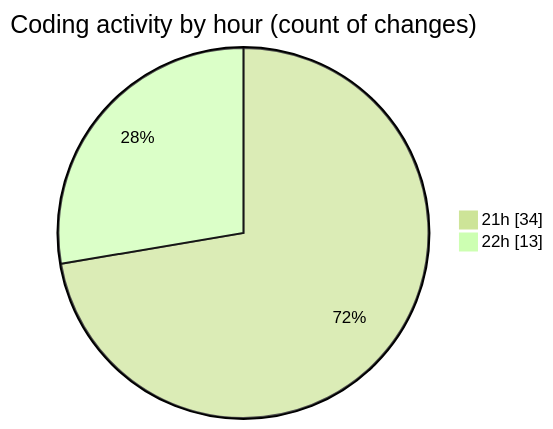
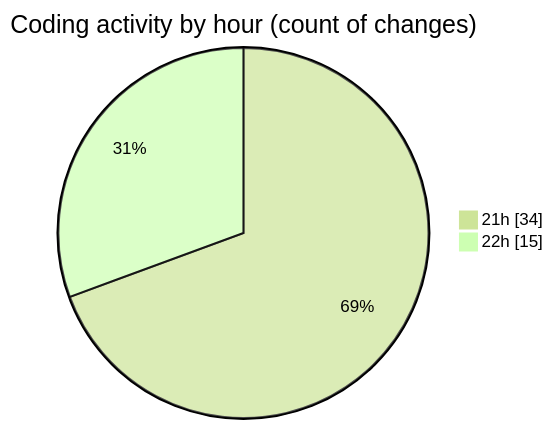
One commit to Ritupan-Deka/code-tracking changed the second of 2 diagrams in 2025-10-31/backend/README.md. Above: the diagram before and after it, drawn with Mermaid (forest theme). The commit also changed other lines of this file and 1 other file, not shown here.

````diff
--- a/2025-10-31/backend/README.md
+++ b/2025-10-31/backend/README.md
@@ -41,6 +41,6 @@
 ```mermaid
 pie showData
 title Coding activity by hour (count of changes)
 "21h" : 34
-"22h" : 13
+"22h" : 15
 ```
````
